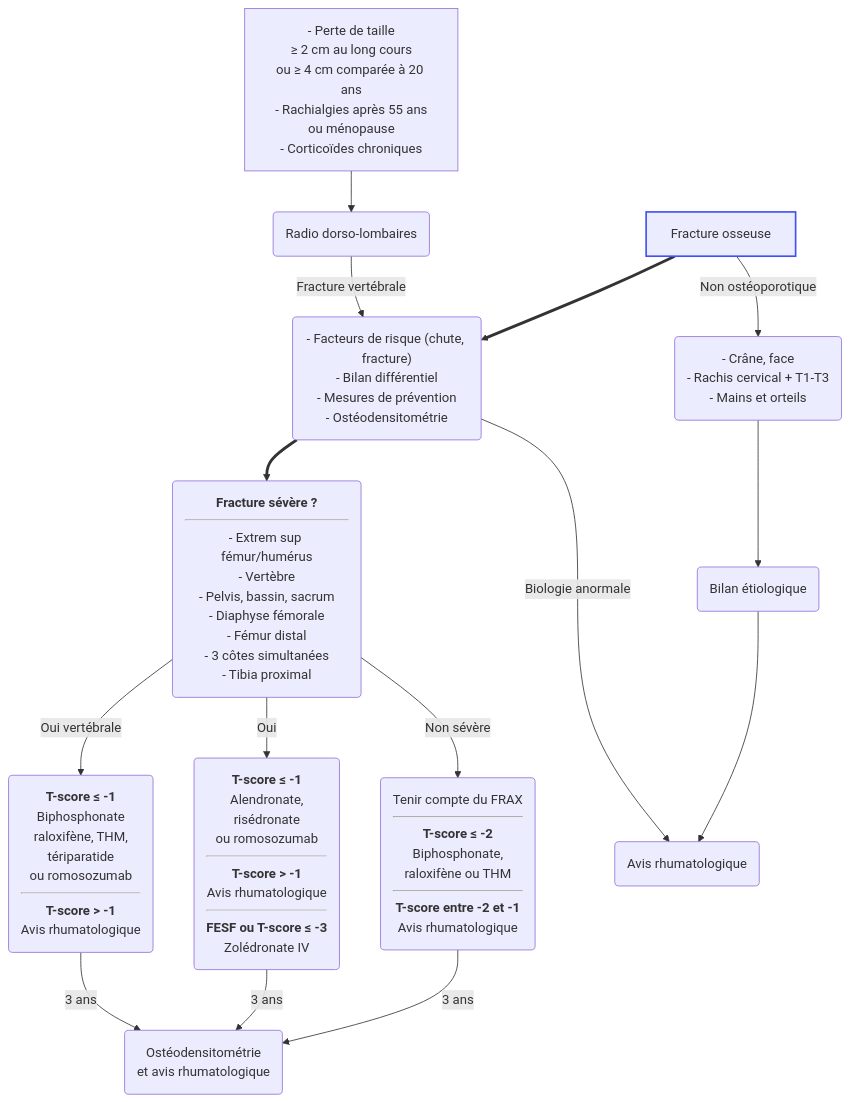
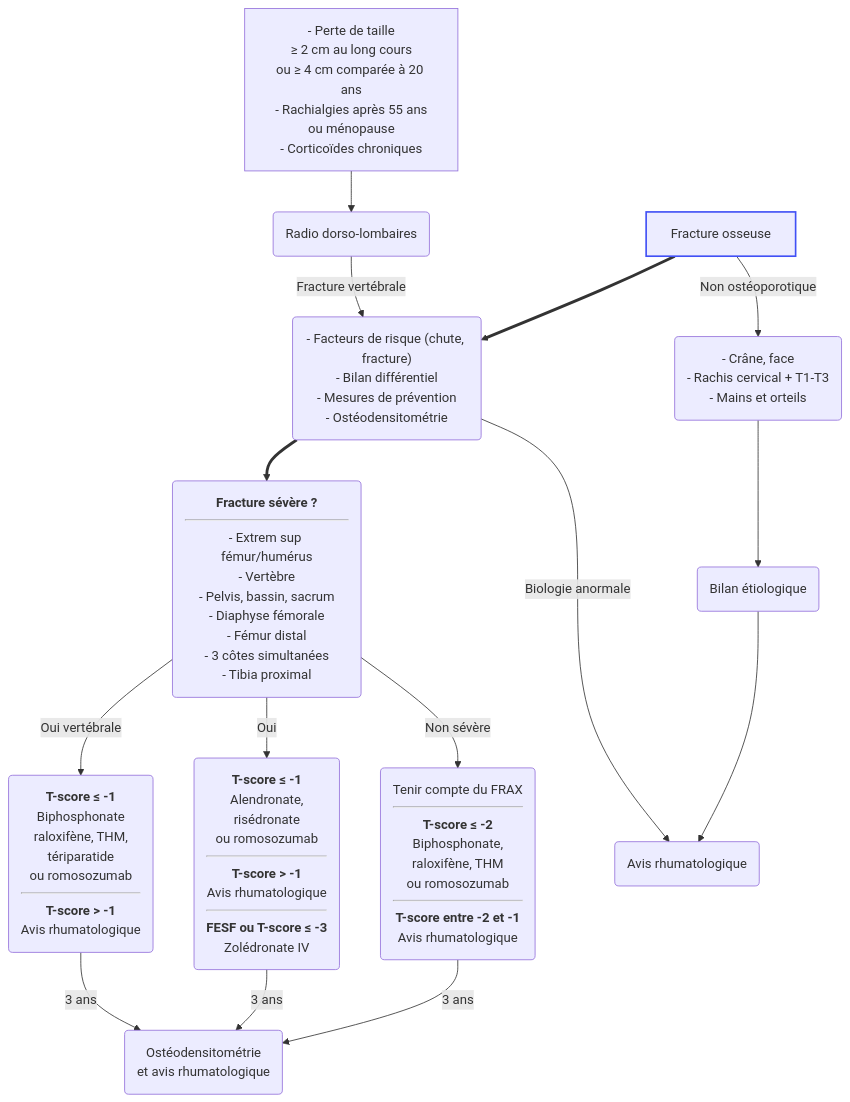
One commit to djibe/recommandations-medicales changed the second of 2 diagrams in content/recommandations/osteoporose.md. Above: the diagram before and after it, drawn with Mermaid. The commit also changed other lines of this file, not shown here.

Commit message:
Improve romosozumab

```diff
--- a/content/recommandations/osteoporose.md
+++ b/content/recommandations/osteoporose.md
@@ -567,13 +569,13 @@
 {{< mermaid title="Prise en charge de l'ostéoporose après fracture osseuse chez la femme. JB Fron d'après SFRhumato 2018, HAS 2019 BUM ostéoporose et HAS 2019 lombalgie" >}}
 graph TB
   perteTaille["- Perte de taille<br>≥ 2 cm au long cours<br>ou ≥ 4 cm comparée à 20 ans<br>- Rachialgies après 55 ans<br>ou ménopause<br>- Corticoïdes chroniques"] --> radio(Radio dorso-lombaires) -- Fracture vertébrale --> bilan
   fracture[Fracture osseuse]
   style fracture stroke:#4150f5, stroke-width:2px
   fracture ==> bilan("- Facteurs de risque (chute, fracture)<br>- Bilan différentiel<br>- Mesures de prévention<br>- Ostéodensitométrie")
     bilan ==> severe("<b>Fracture sévère ?</b><hr>- Extrem sup fémur/humérus<br>- Vertèbre<br>- Pelvis, bassin, sacrum<br>- Diaphyse fémorale<br>- Fémur distal<br>- 3 côtes simultanées<br>- Tibia proximal")
       severe -- Oui vertébrale --> traitementVertebre("<b>T-score ≤ -1</b><br>Biphosphonate<br>raloxifène, THM,<br> tériparatide<br>ou romosozumab<hr><b>T-score &gt; -1</b><br>Avis rhumatologique") -- 3 ans --> DXA
       severe -- Oui --> traitement("<b>T-score ≤ -1</b><br>Alendronate,<br>risédronate<br>ou romosozumab<hr><b>T-score &gt; -1</b><br>Avis rhumatologique<hr><b>FESF ou T-score ≤ -3</b><br>Zolédronate IV") -- 3 ans --> DXA("Ostéodensitométrie<br>et avis rhumatologique")
-      severe -- Non sévère --> nonSevere("Tenir compte du FRAX<hr><b>T-score ≤ -2</b><br>Biphosphonate,<br>raloxifène ou THM<hr><b>T-score entre -2 et -1</b><br>Avis rhumatologique") -- 3 ans --> DXA
+      severe -- Non sévère --> nonSevere("Tenir compte du FRAX<hr><b>T-score ≤ -2</b><br>Biphosphonate,<br>raloxifène, THM<br>ou romosozumab<hr><b>T-score entre -2 et -1</b><br>Avis rhumatologique") -- 3 ans --> DXA
     bilan -- Biologie anormale --> avisSpe
   fracture -- Non ostéoporotique --> nonOsteoporotique("- Crâne, face<br>- Rachis cervical + T1-T3<br>- Mains et orteils") --> etiologique(Bilan étiologique) --> avisSpe(Avis rhumatologique)
 {{< /mermaid >}}
```
